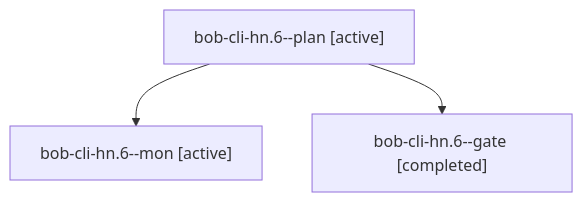
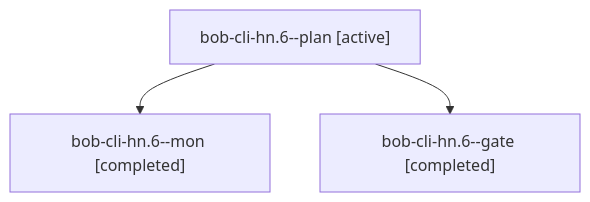
One commit to bobs-org/bob-cli--agents changed the diagram in sessions/bbugyi200.athena.bob-cli-hn.6.md. Above: the diagram before and after it, drawn with Mermaid. The commit also changed other lines of this file and 53 other files, not shown here.

````diff
--- a/sessions/bbugyi200.athena.bob-cli-hn.6.md
+++ b/sessions/bbugyi200.athena.bob-cli-hn.6.md
@@ -9,8 +9,8 @@
 ```mermaid
 flowchart TD
   n0["bob-cli-hn.6--plan [active]"]
-  n1["bob-cli-hn.6--mon [active]"]
+  n1["bob-cli-hn.6--mon [completed]"]
   n0 --> n1
   n2["bob-cli-hn.6--gate [completed]"]
   n0 --> n2
 ```
````
